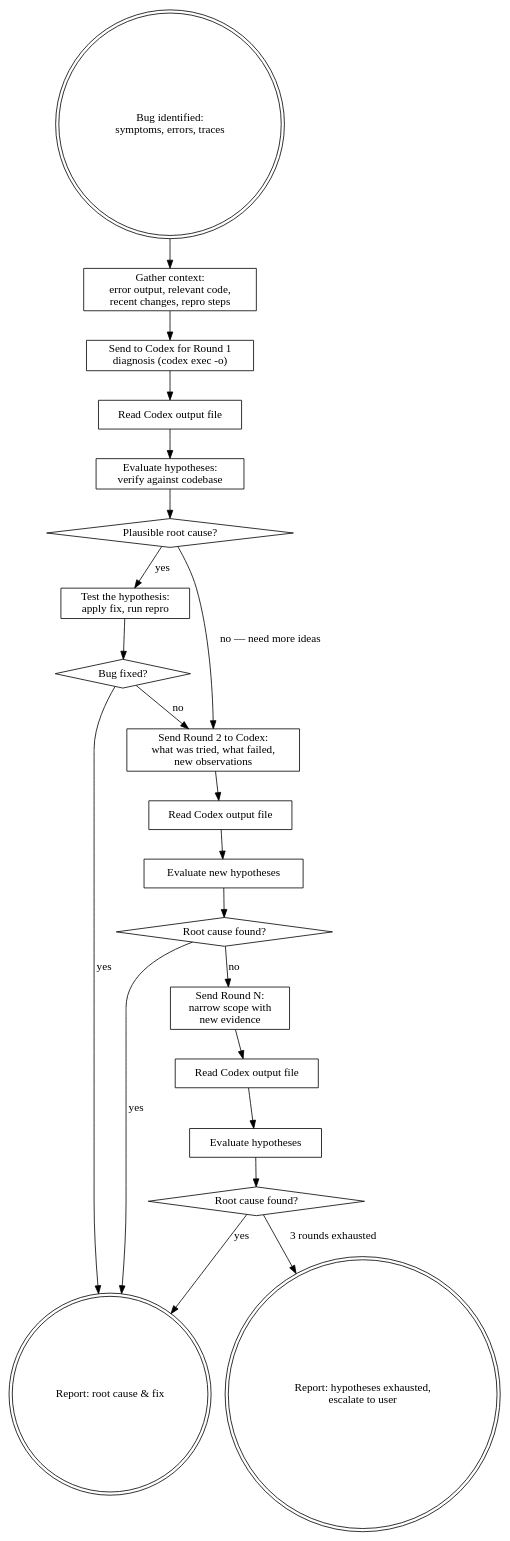
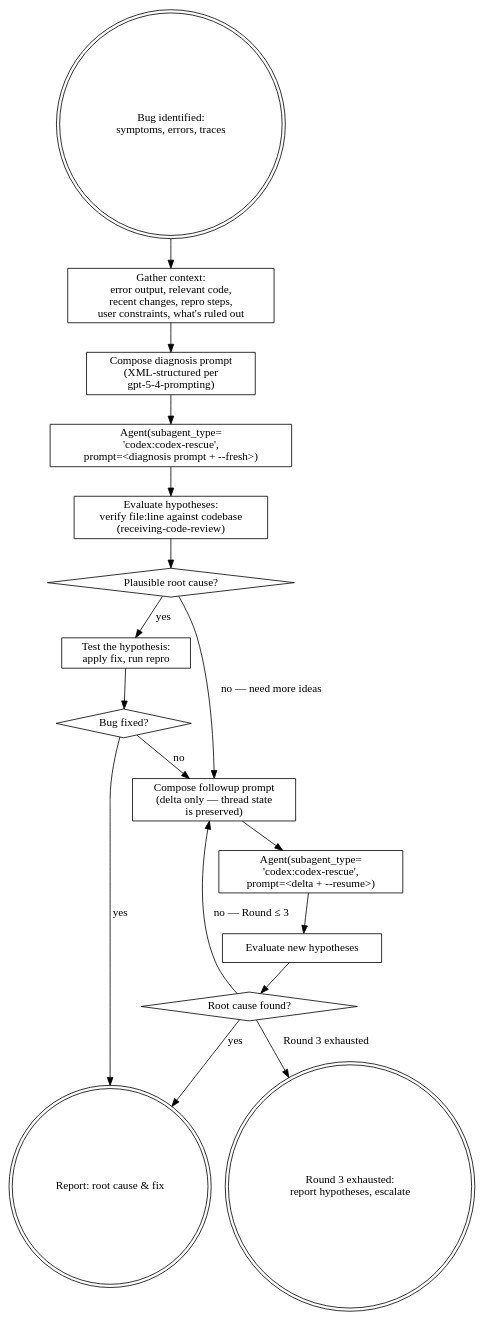
One commit to razorblade3975/claude-skills changed the diagram in codex-debugger/SKILL.md. Above: the diagram before and after it, drawn with Graphviz. The commit also changed other lines of this file and 1 other file, not shown here.

First line of the commit message:
update: migrate codex-reviewer and codex-debugger to Codex CC plugin

````diff
--- a/codex-debugger/SKILL.md
+++ b/codex-debugger/SKILL.md
@@ -23,45 +25,37 @@
 ```dot
 digraph codex_debug {
     rankdir=TB;
 
     start [label="Bug identified:\nsymptoms, errors, traces" shape=doublecircle];
-    gather [label="Gather context:\nerror output, relevant code,\nrecent changes, repro steps" shape=box];
-    round1 [label="Send to Codex for Round 1\ndiagnosis (codex exec -o)" shape=box];
-    read1 [label="Read Codex output file" shape=box];
-    evaluate1 [label="Evaluate hypotheses:\nverify against codebase" shape=box];
+    gather [label="Gather context:\nerror output, relevant code,\nrecent changes, repro steps,\nuser constraints, what's ruled out" shape=box];
+    compose1 [label="Compose diagnosis prompt\n(XML-structured per\ngpt-5-4-prompting)" shape=box];
+    dispatch1 [label="Agent(subagent_type=\n'codex:codex-rescue',\nprompt=<diagnosis prompt + --fresh>)" shape=box];
+    eval1 [label="Evaluate hypotheses:\nverify file:line against codebase\n(receiving-code-review)" shape=box];
     plausible [label="Plausible root cause?" shape=diamond];
     test_fix [label="Test the hypothesis:\napply fix, run repro" shape=box];
     fixed [label="Bug fixed?" shape=diamond];
-    round2 [label="Send Round 2 to Codex:\nwhat was tried, what failed,\nnew observations" shape=box];
-    read2 [label="Read Codex output file" shape=box];
-    evaluate2 [label="Evaluate new hypotheses" shape=box];
+    compose2 [label="Compose followup prompt\n(delta only — thread state\nis preserved)" shape=box];
+    dispatch2 [label="Agent(subagent_type=\n'codex:codex-rescue',\nprompt=<delta + --resume>)" shape=box];
+    eval2 [label="Evaluate new hypotheses" shape=box];
     converged [label="Root cause found?" shape=diamond];
-    more_rounds [label="Send Round N:\nnarrow scope with\nnew evidence" shape=box];
     report_fixed [label="Report: root cause & fix" shape=doublecircle];
-    report_stuck [label="Report: hypotheses exhausted,\nescalate to user" shape=doublecircle];
+    report_stuck [label="Round 3 exhausted:\nreport hypotheses, escalate" shape=doublecircle];
 
     start -> gather;
-    gather -> round1;
-    round1 -> read1;
-    read1 -> evaluate1;
-    evaluate1 -> plausible;
+    gather -> compose1;
+    compose1 -> dispatch1;
+    dispatch1 -> eval1;
+    eval1 -> plausible;
     plausible -> test_fix [label="yes"];
-    plausible -> round2 [label="no — need more ideas"];
+    plausible -> compose2 [label="no — need more ideas"];
     test_fix -> fixed;
     fixed -> report_fixed [label="yes"];
-    fixed -> round2 [label="no"];
-    round2 -> read2;
-    read2 -> evaluate2;
-    evaluate2 -> converged;
+    fixed -> compose2 [label="no"];
+    compose2 -> dispatch2;
+    dispatch2 -> eval2;
+    eval2 -> converged;
     converged -> report_fixed [label="yes"];
-    converged -> more_rounds [label="no"];
-    more_rounds -> readN;
-    readN [label="Read Codex output file" shape=box];
-    readN -> evaluateN [label=""];
-    evaluateN [label="Evaluate hypotheses" shape=box];
-    evaluateN -> convergedN [label=""];
-    convergedN [label="Root cause found?" shape=diamond];
-    convergedN -> report_fixed [label="yes"];
-    convergedN -> report_stuck [label="3 rounds exhausted"];
+    converged -> compose2 [label="no — Round ≤ 3"];
+    converged -> report_stuck [label="Round 3 exhausted"];
 }
 ```
````
